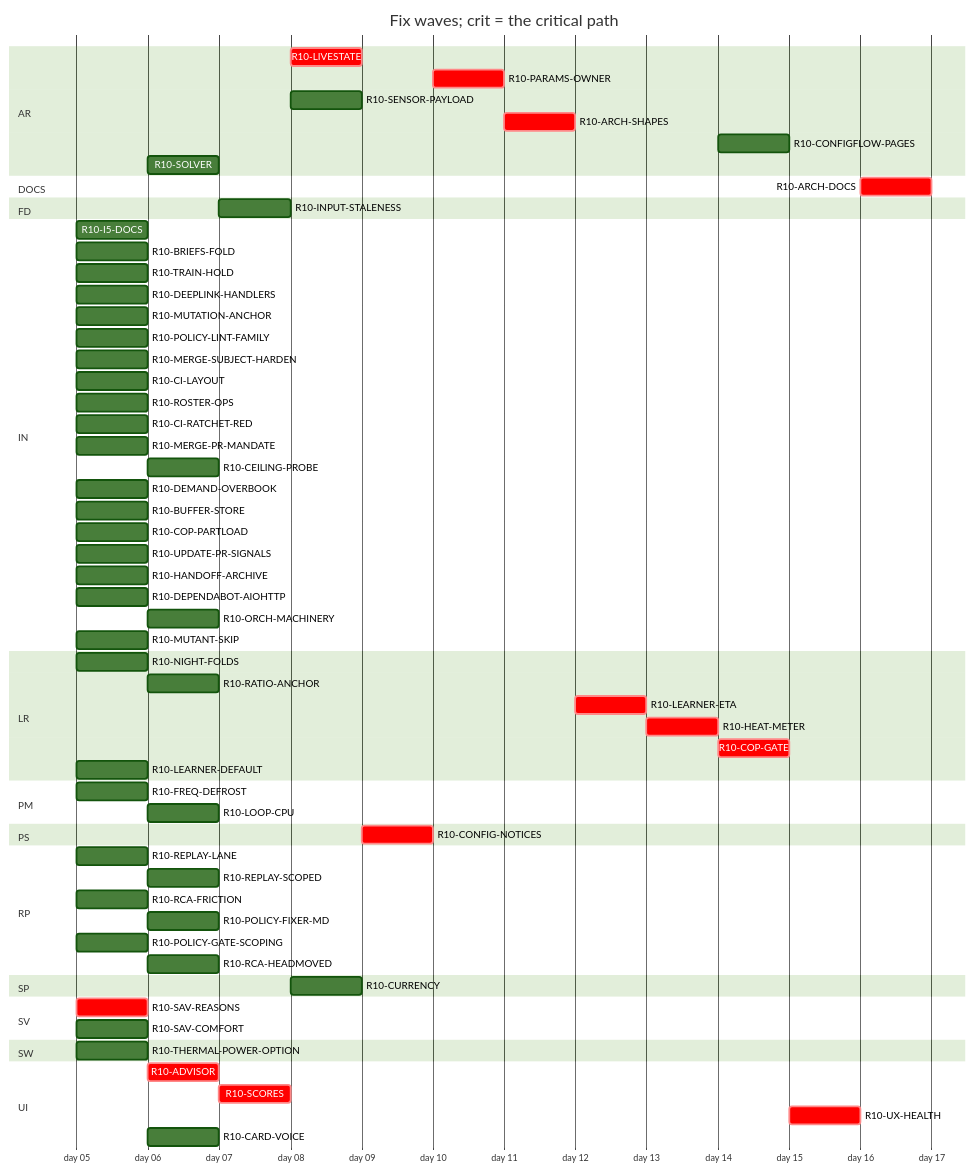
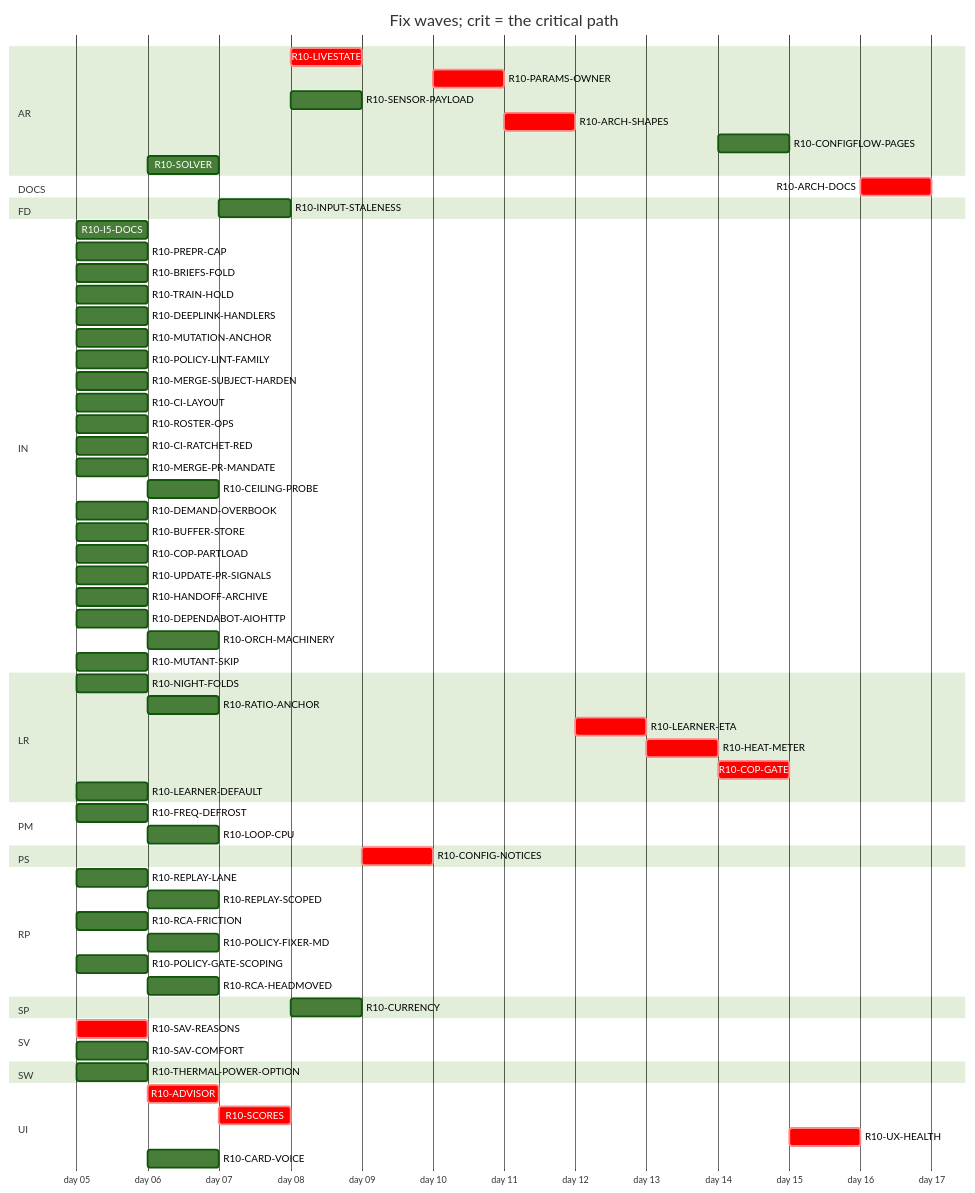
Before and after one commit to tvofi/heatpump_optimizer: the diagram in handoff/round10/state/PLAN-TABLE.md, drawn with Mermaid (forest theme). The commit also changed other lines of this file and 2 other files, not shown here.

````diff
--- a/handoff/round10/state/PLAN-TABLE.md
+++ b/handoff/round10/state/PLAN-TABLE.md
@@ -25,69 +25,70 @@
 ```mermaid
 gantt
   title Fix waves; crit = the critical path
   dateFormat YYYY-MM-DD
   axisFormat day %d
   section AR
     R10-LIVESTATE :crit, r10LIVESTATE, after r10SCORES, 1d
     R10-PARAMS-OWNER :crit, r10PARAMSOWNER, after r10CONFIGNOTICES, 1d
     R10-SENSOR-PAYLOAD :r10SENSORPAYLOAD, after r10SCORES, 1d
     R10-ARCH-SHAPES :crit, r10ARCHSHAPES, after r10PARAMSOWNER r10SENSORPAYLOAD r10FREQDEFROST, 1d
     R10-CONFIGFLOW-PAGES :r10CONFIGFLOWPAGES, after r10HEATMETER, 1d
     R10-SOLVER :r10SOLVER, after r10SAVREASONS, 1d
   section DOCS
     R10-ARCH-DOCS :crit, r10ARCHDOCS, after r10NIGHTFOLDS r10RATIOANCHOR r10INPUTSTALENESS r10CURRENCY r10FREQDEFROST r10LOOPCPU r10SAVREASONS r10ADVISOR r10SCORES r10LIVESTATE r10CONFIGNOTICES r10PARAMSOWNER r10SENSORPAYLOAD r10ARCHSHAPES r10LEARNERETA r10HEATMETER r10COPGATE r10UXHEALTH r10CONFIGFLOWPAGES r10SOLVER r10I5DOCS r10BRIEFSFOLD r10REPLAYLANE r10REPLAYSCOPED r10TRAINHOLD r10DEEPLINKHANDLERS, 1d
   section FD
     R10-INPUT-STALENESS :r10INPUTSTALENESS, after r10RATIOANCHOR, 1d
   section IN
     R10-I5-DOCS :r10I5DOCS, 2026-01-05, 1d
+    R10-PREPR-CAP :r10PREPRCAP, 2026-01-05, 1d
     R10-BRIEFS-FOLD :r10BRIEFSFOLD, 2026-01-05, 1d
     R10-TRAIN-HOLD :r10TRAINHOLD, 2026-01-05, 1d
     R10-DEEPLINK-HANDLERS :r10DEEPLINKHANDLERS, 2026-01-05, 1d
     R10-MUTATION-ANCHOR :r10MUTATIONANCHOR, 2026-01-05, 1d
     R10-POLICY-LINT-FAMILY :r10POLICYLINTFAMILY, 2026-01-05, 1d
     R10-MERGE-SUBJECT-HARDEN :r10MERGESUBJECTHARDEN, 2026-01-05, 1d
     R10-CI-LAYOUT :r10CILAYOUT, 2026-01-05, 1d
     R10-ROSTER-OPS :r10ROSTEROPS, 2026-01-05, 1d
     R10-CI-RATCHET-RED :r10CIRATCHETRED, 2026-01-05, 1d
     R10-MERGE-PR-MANDATE :r10MERGEPRMANDATE, 2026-01-05, 1d
     R10-CEILING-PROBE :r10CEILINGPROBE, after r10CILAYOUT r10NIGHTFOLDS, 1d
     R10-DEMAND-OVERBOOK :r10DEMANDOVERBOOK, 2026-01-05, 1d
     R10-BUFFER-STORE :r10BUFFERSTORE, 2026-01-05, 1d
     R10-COP-PARTLOAD :r10COPPARTLOAD, 2026-01-05, 1d
     R10-UPDATE-PR-SIGNALS :r10UPDATEPRSIGNALS, 2026-01-05, 1d
     R10-HANDOFF-ARCHIVE :r10HANDOFFARCHIVE, 2026-01-05, 1d
     R10-DEPENDABOT-AIOHTTP :r10DEPENDABOTAIOHTTP, 2026-01-05, 1d
     R10-ORCH-MACHINERY :r10ORCHMACHINERY, after r10ROSTEROPS r10CILAYOUT, 1d
     R10-MUTANT-SKIP :r10MUTANTSKIP, 2026-01-05, 1d
   section LR
     R10-NIGHT-FOLDS :r10NIGHTFOLDS, 2026-01-05, 1d
     R10-RATIO-ANCHOR :r10RATIOANCHOR, after r10NIGHTFOLDS, 1d
     R10-LEARNER-ETA :crit, r10LEARNERETA, after r10ARCHSHAPES, 1d
     R10-HEAT-METER :crit, r10HEATMETER, after r10LEARNERETA r10INPUTSTALENESS r10RATIOANCHOR, 1d
     R10-COP-GATE :crit, r10COPGATE, after r10HEATMETER r10SENSORPAYLOAD, 1d
     R10-LEARNER-DEFAULT :r10LEARNERDEFAULT, 2026-01-05, 1d
   section PM
     R10-FREQ-DEFROST :r10FREQDEFROST, 2026-01-05, 1d
     R10-LOOP-CPU :r10LOOPCPU, after r10FREQDEFROST, 1d
   section PS
     R10-CONFIG-NOTICES :crit, r10CONFIGNOTICES, after r10LIVESTATE, 1d
   section RP
     R10-REPLAY-LANE :r10REPLAYLANE, 2026-01-05, 1d
     R10-REPLAY-SCOPED :r10REPLAYSCOPED, after r10REPLAYLANE r10TRAINHOLD, 1d
     R10-RCA-FRICTION :r10RCAFRICTION, 2026-01-05, 1d
     R10-POLICY-FIXER-MD :r10POLICYFIXERMD, after r10RCAFRICTION r10BRIEFSFOLD, 1d
     R10-POLICY-GATE-SCOPING :r10POLICYGATESCOPING, 2026-01-05, 1d
     R10-RCA-HEADMOVED :r10RCAHEADMOVED, after r10RCAFRICTION, 1d
   section SP
     R10-CURRENCY :r10CURRENCY, after r10INPUTSTALENESS, 1d
   section SV
     R10-SAV-REASONS :crit, r10SAVREASONS, 2026-01-05, 1d
     R10-SAV-COMFORT :r10SAVCOMFORT, 2026-01-05, 1d
   section SW
     R10-THERMAL-POWER-OPTION :r10THERMALPOWEROPTION, 2026-01-05, 1d
   section UI
     R10-ADVISOR :crit, r10ADVISOR, after r10SAVREASONS, 1d
     R10-SCORES :crit, r10SCORES, after r10ADVISOR, 1d
     R10-UX-HEALTH :crit, r10UXHEALTH, after r10SCORES r10COPGATE r10HEATMETER, 1d
     R10-CARD-VOICE :r10CARDVOICE, after r10DEEPLINKHANDLERS, 1d
 ```
````
